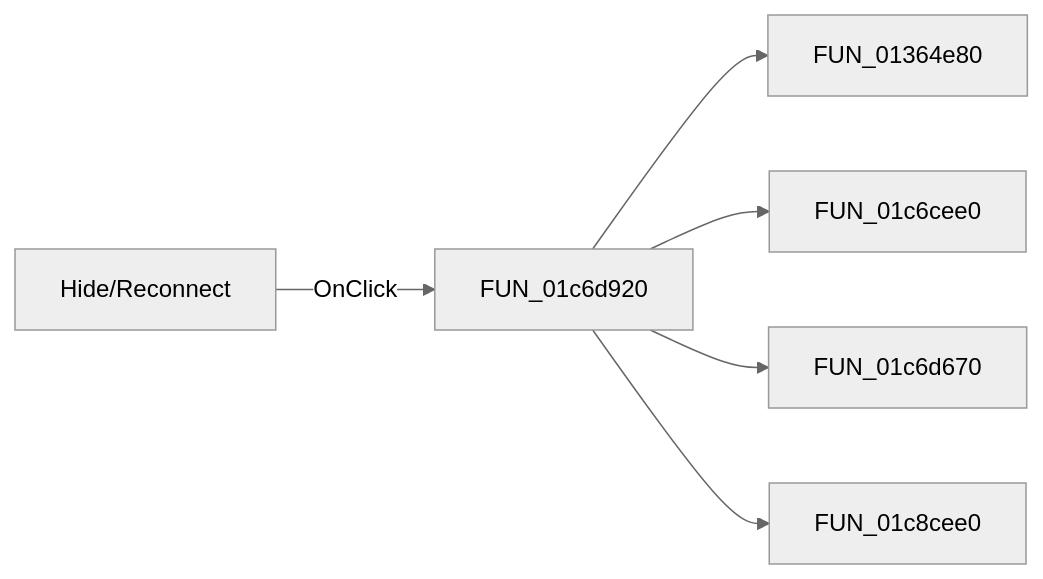
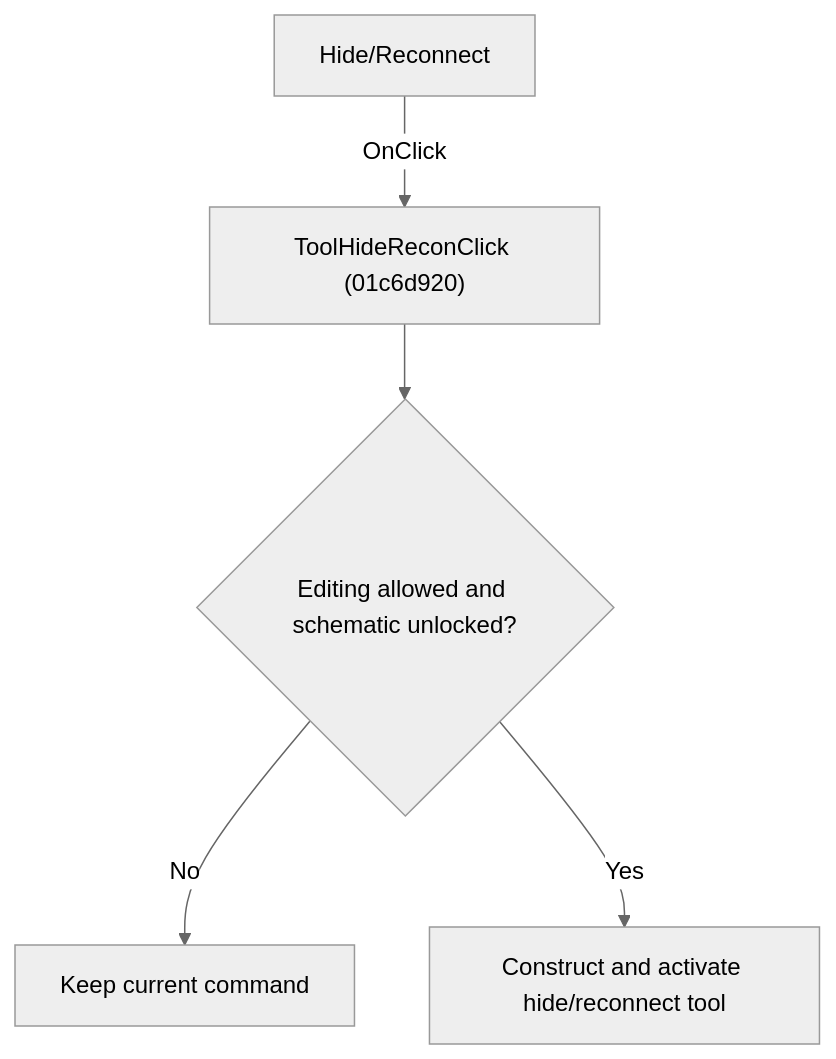
One commit to MovGP0/TIARA changed the diagram in docs/ui-controls/schematiceditor/toolhiderecon-80f5379db4.md. Above: the diagram before and after it, drawn with Mermaid (neutral theme). The commit also changed other lines of this file and 1062 other files, not shown here.

````diff
--- a/docs/ui-controls/schematiceditor/toolhiderecon-80f5379db4.md
+++ b/docs/ui-controls/schematiceditor/toolhiderecon-80f5379db4.md
@@ -27,8 +27,7 @@
 ```mermaid
-flowchart LR
-    control["Hide/Reconnect"] -->|OnClick| handler["FUN_01c6d920"]
-    handler --> call1["FUN_01364e80"]
-    handler --> call2["FUN_01c6cee0"]
-    handler --> call3["FUN_01c6d670"]
-    handler --> call4["FUN_01c8cee0"]
+flowchart TD
+    control["Hide/Reconnect"] -->|"OnClick"| handler["ToolHideReconClick (01c6d920)"]
+    handler --> guard{"Editing allowed and schematic unlocked?"}
+    guard -->|"No"| noChange["Keep current command"]
+    guard -->|"Yes"| action["Construct and activate hide/reconnect tool"]
 ```
````
